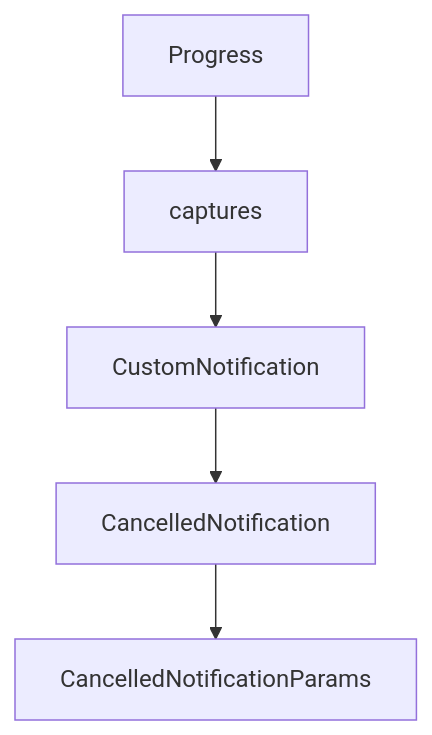
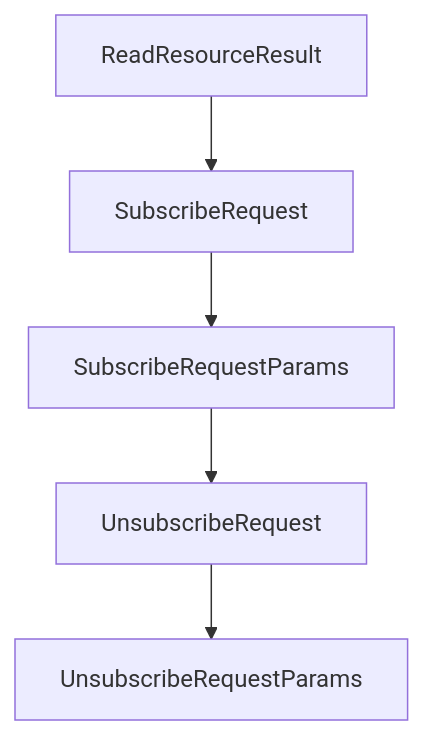
The diagram in tutorials/mcp-kotlin-sdk-tutorial/06-advanced-client-features-roots-sampling-and-elicitation.md (johnxie/awesome-code-docs), drawn with Mermaid before and after one commit. The commit also changed other lines of this file and 1232 other files, not shown here.

````diff
--- a/tutorials/mcp-kotlin-sdk-tutorial/06-advanced-client-features-roots-sampling-and-elicitation.md
+++ b/tutorials/mcp-kotlin-sdk-tutorial/06-advanced-client-features-roots-sampling-and-elicitation.md
@@ -213,12 +211,12 @@
 ```mermaid
 flowchart TD
-    A[Progress]
-    B[captures]
-    C[CustomNotification]
-    D[CancelledNotification]
-    E[CancelledNotificationParams]
+    A[ReadResourceResult]
+    B[SubscribeRequest]
+    C[SubscribeRequestParams]
+    D[UnsubscribeRequest]
+    E[UnsubscribeRequestParams]
     A --> B
     B --> C
     C --> D
     D --> E
 ```
````
